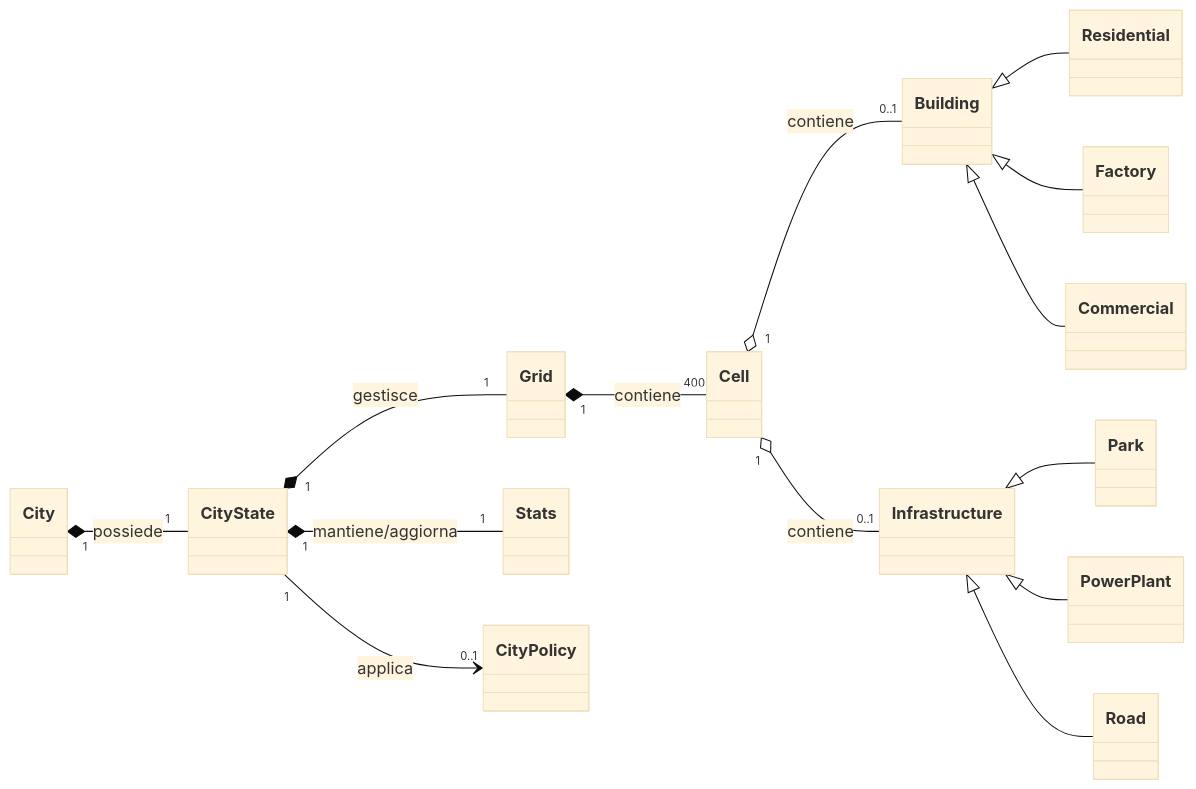
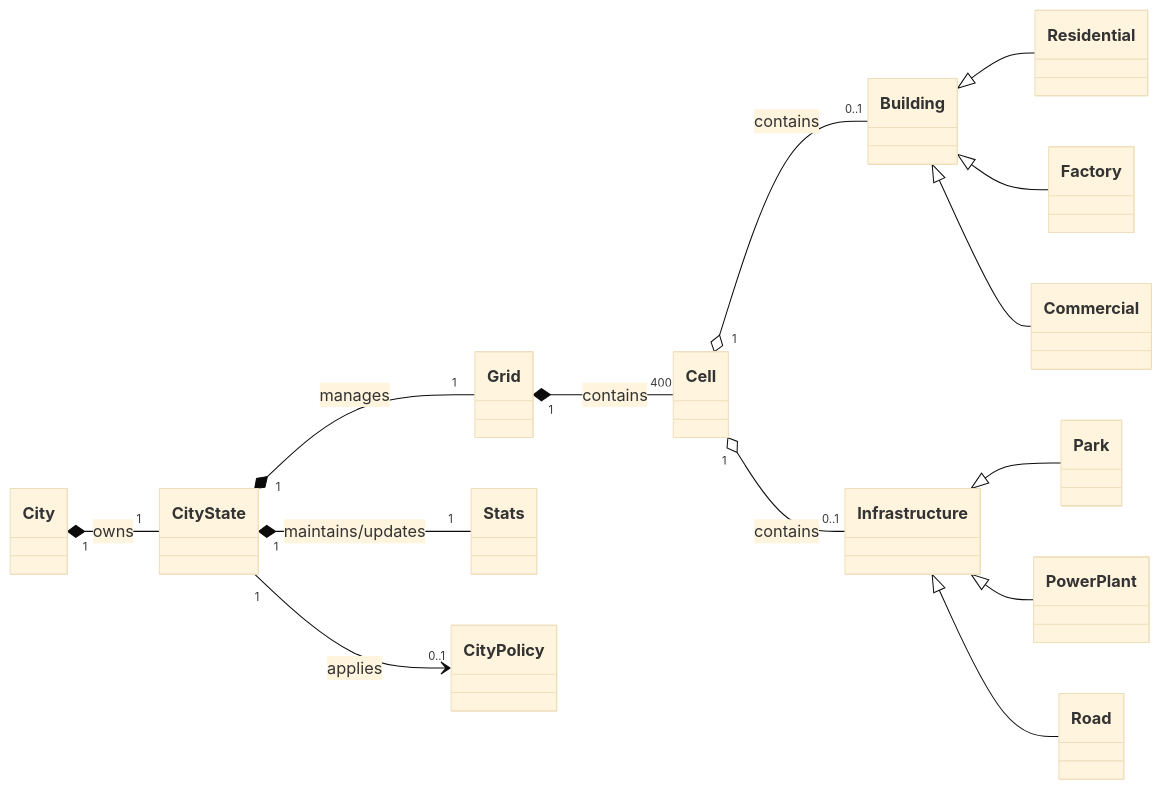
Before and after one commit to andreatoson3-netizen/Amatriciana: the diagram in docs/DOMAIN-MODEL/domain-model.md, drawn with Mermaid (base theme). The commit also changed other lines of this file, not shown here.

````diff
--- a/docs/DOMAIN-MODEL/domain-model.md
+++ b/docs/DOMAIN-MODEL/domain-model.md
@@ -1,46 +1,46 @@
 ```mermaid
 classDiagram
     direction LR
 
     %% =========================
     %% MAIN DOMAIN ENTITIES
     %% =========================
 
     class City
     class CityState
     class Grid
     class Cell
     class Building
     class Infrastructure
     class Residential
     class Factory
     class Commercial
     class Park
     class PowerPlant
     class Road
     class Stats
     class CityPolicy
 
     %% =========================
     %% RELATIONSHIPS
     %% =========================
 
-    City "1" *-- "1" CityState : possiede
+    City "1" *-- "1" CityState : owns
 
-    CityState "1" *-- "1" Grid : gestisce
-    CityState "1" *-- "1" Stats : mantiene/aggiorna
-    CityState "1" --> "0..1" CityPolicy : applica
+    CityState "1" *-- "1" Grid : manages
+    CityState "1" *-- "1" Stats : maintains/updates
+    CityState "1" --> "0..1" CityPolicy : applies
 
-    Grid "1" *-- "400" Cell : contiene
+    Grid "1" *-- "400" Cell : contains
 
-    Cell "1" o-- "0..1" Building : contiene
-    Cell "1" o-- "0..1" Infrastructure : contiene
+    Cell "1" o-- "0..1" Building : contains
+    Cell "1" o-- "0..1" Infrastructure : contains
 
     Building <|-- Residential
     Building <|-- Factory
     Building <|-- Commercial
 
     Infrastructure <|-- Park
     Infrastructure <|-- PowerPlant
     Infrastructure <|-- Road
 ```
````
